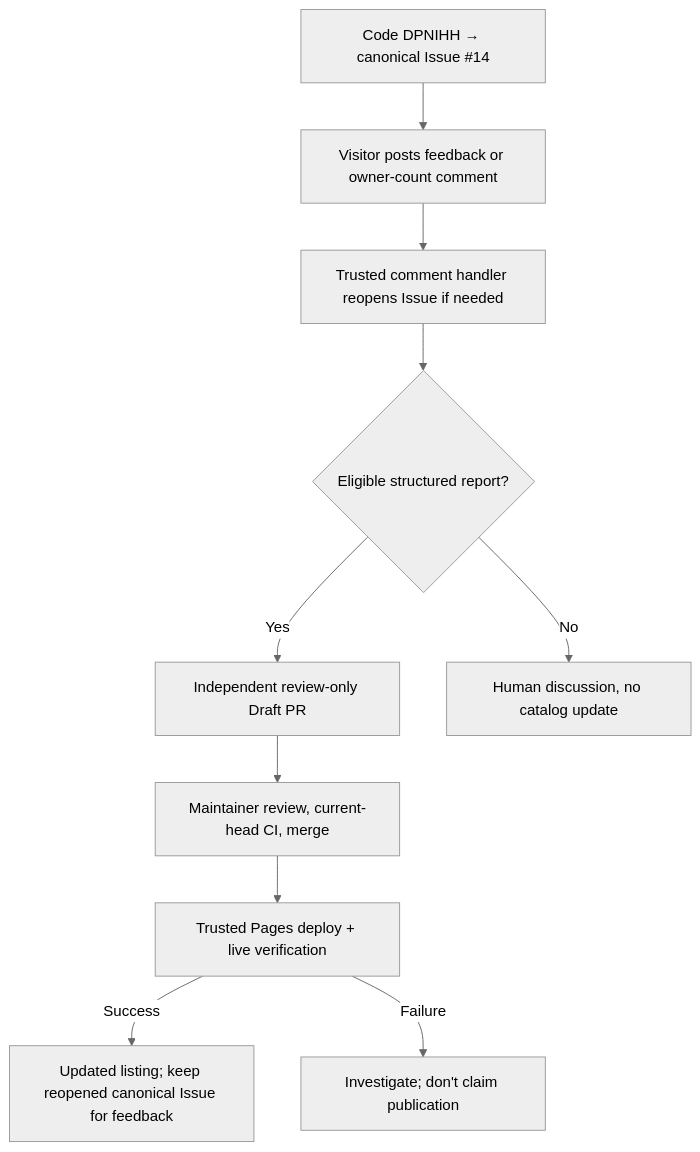
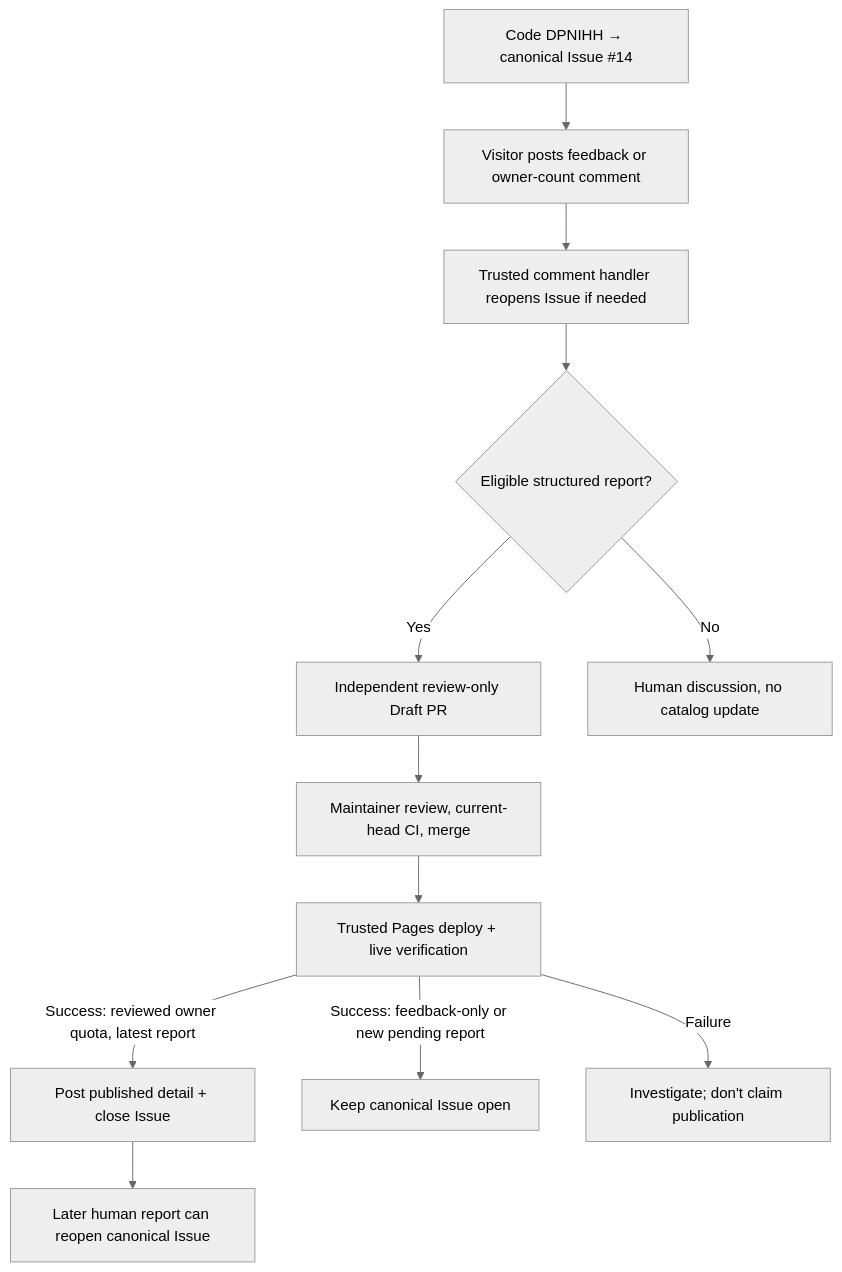
One commit to ePlus-DEV/muse-invite-hub changed the second of 2 diagrams in docs/CONTRIBUTION_FLOW.md. Above: the diagram before and after it, drawn with Mermaid (neutral theme). The commit also changed other lines of this file, not shown here.

Commit message:
docs: update lifecycle diagrams for comment PR completion and actual DPNIHH snapshot

````diff
--- a/docs/CONTRIBUTION_FLOW.md
+++ b/docs/CONTRIBUTION_FLOW.md
@@ -75,12 +76,14 @@
 ```mermaid
 flowchart TD
     A["Code DPNIHH → canonical Issue #14"] --> B["Visitor posts feedback or owner-count comment"]
     B --> C["Trusted comment handler reopens Issue if needed"]
     C --> D{"Eligible structured report?"}
     D -->|"Yes"| E["Independent review-only Draft PR"]
     D -->|"No"| F["Human discussion, no catalog update"]
     E --> G["Maintainer review, current-head CI, merge"]
     G --> H["Trusted Pages deploy + live verification"]
-    H -->|"Success"| I["Updated listing; keep reopened canonical Issue for feedback"]
+    H -->|"Success: reviewed owner quota, latest report"| I["Post published detail + close Issue"]
+    H -->|"Success: feedback-only or new pending report"| K["Keep canonical Issue open"]
+    I --> L["Later human report can reopen canonical Issue"]
     H -->|"Failure"| J["Investigate; don't claim publication"]
 ```
````
